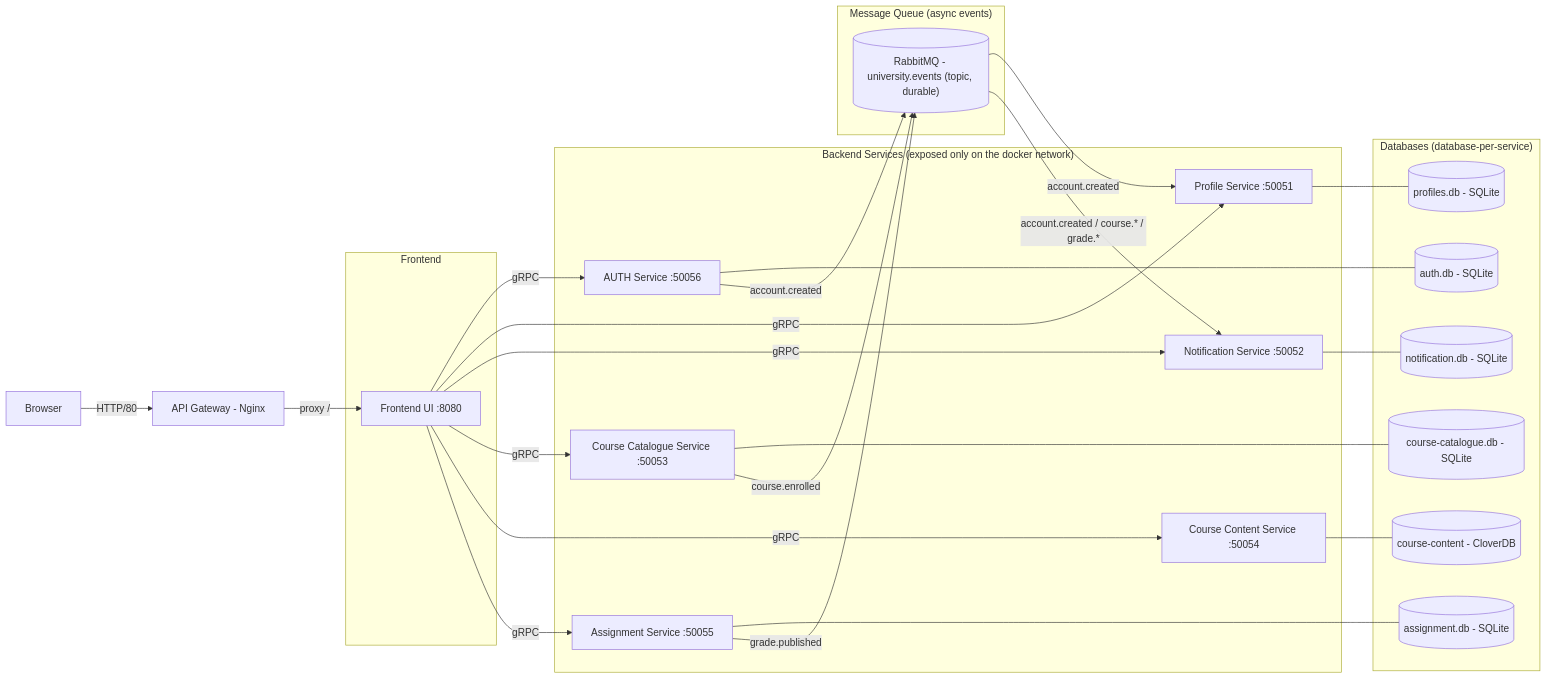
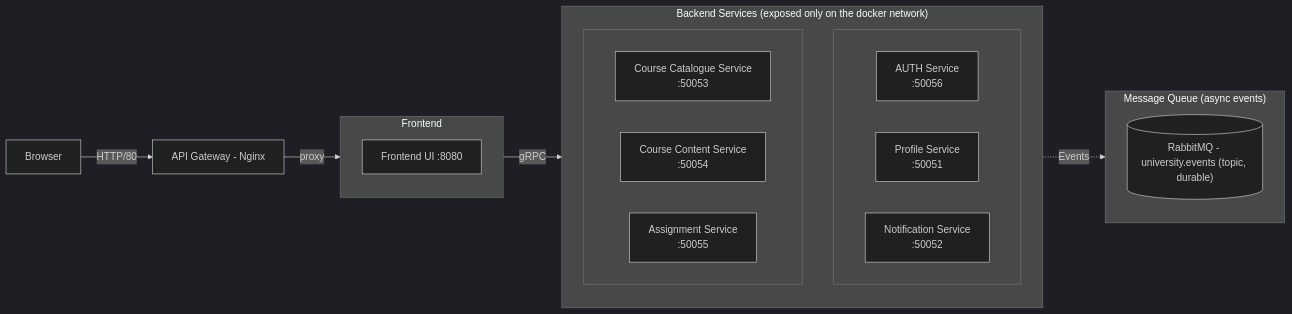
Before and after one commit to bundgaard1/Osbourne.AI: the first of 2 diagrams in docs/design.md, drawn with Mermaid. The commit also changed 4 other files, not shown here.

````diff
--- a/docs/design.md
+++ b/docs/design.md
@@ -8,43 +8,42 @@
 ```mermaid
+---
+config:
+  theme: dark
+---
 graph LR;
     U[Browser] -->|HTTP/80| B[API Gateway - Nginx]
 
-    subgraph "Frontend"
+    subgraph FE ["Frontend"]
         F[Frontend UI :8080]
     end
 
-    subgraph "Backend Services (exposed only on the docker network)"
-        H[AUTH Service :50056]
-        C[Profile Service :50051]
-        G[Notification Service :50052]
-        D[Course Catalogue Service :50053]
-        E[Course Content Service :50054]
-        J[Assignment Service :50055]
+    subgraph BE ["Backend Services (exposed only on the docker network)"]
+        direction TD
+        subgraph Col1 [" "]
+            direction LR
+            H["AUTH Service <br/> :50056"]
+            C["Profile Service <br/> :50051"]
+            G["Notification Service <br/> :50052"]
+        end
+
+        subgraph Col2 [" "]
+            direction LR
+            D["Course Catalogue Service <br/> :50053"]
+            E["Course Content Service <br/> :50054"]
+            J["Assignment Service <br/> :50055"]
+        end
     end
 
-    B -->|proxy /| F
-    F -->|gRPC| H
-    F -->|gRPC| C
-    F -->|gRPC| G
-    F -->|gRPC| D
-    F -->|gRPC| E
-    F -->|gRPC| J
-
-    subgraph "Databases (database-per-service)"
-        C --- I[(profiles.db - SQLite)]
-        D --- K[(course-catalogue.db - SQLite)]
-        E --- L[(course-content - CloverDB)]
-        J --- M[(assignment.db - SQLite)]
-        G --- N[(notification.db - SQLite)]
-        H --- O[(auth.db - SQLite)]
+    subgraph MQ ["Message Queue (async events)"]
+        Q[("RabbitMQ - university.events (topic, durable)")]
     end
 
-    subgraph "Message Queue (async events)"
-        Q[("RabbitMQ - university.events (topic, durable)")]
-        H -->|account.created| Q
-        D -->|course.enrolled| Q
-        J -->|grade.published| Q
-        Q -->|account.created| C
-        Q -->|account.created / course.* / grade.*| G
-    end
+    %% Node to Subgraph
+    B -->|proxy| FE
+
+    %% Node inside Subgraph to Node inside Subgraph
+    FE -->|gRPC| BE
+
+    %% Subgraph to Subgraph
+    BE -.->|Events| MQ
 ```
````
